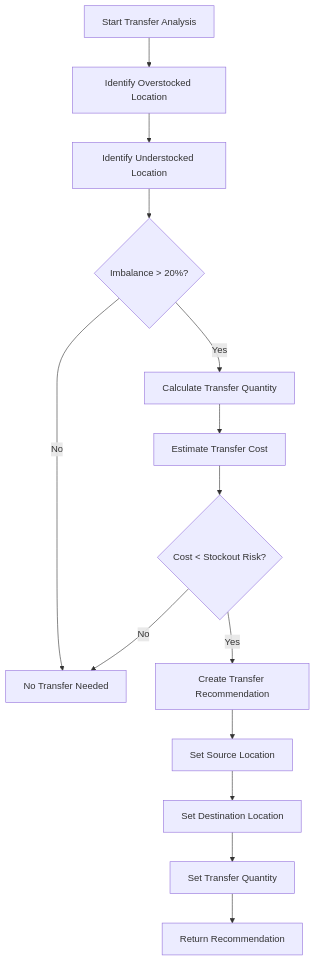
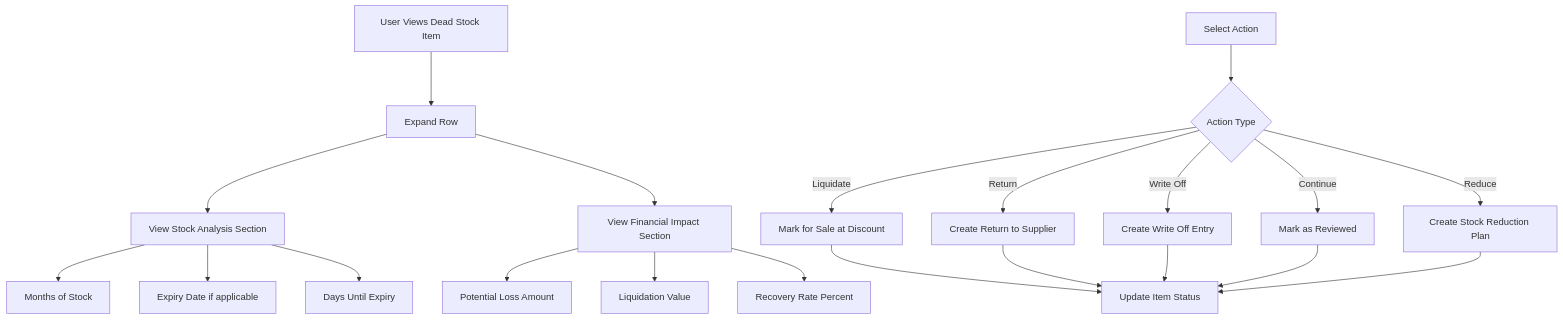
Diagram 14 of 32 in docs/app/operational-planning/inventory-planning/FD-inventory-planning.md (PeakMNA/carmen), drawn with Mermaid before and after one commit. The commit also changed other lines of this file and 473 other files, not shown here.

````diff
--- a/docs/app/operational-planning/inventory-planning/FD-inventory-planning.md
+++ b/docs/app/operational-planning/inventory-planning/FD-inventory-planning.md
@@ -312,20 +335,28 @@
 ```mermaid
 graph TB
-    A[Start Transfer Analysis] --> B[Identify Overstocked Location]
-    B --> C[Identify Understocked Location]
+    A[User Views Dead Stock Item] --> B[Expand Row]
+    B --> C[View Stock Analysis Section]
+    B --> D[View Financial Impact Section]
 
-    C --> D{Imbalance > 20%?}
-    D -->|No| E[No Transfer Needed]
-    D -->|Yes| F[Calculate Transfer Quantity]
+    C --> E[Months of Stock]
+    C --> F[Expiry Date if applicable]
+    C --> G[Days Until Expiry]
 
-    F --> G[Estimate Transfer Cost]
-    G --> H{Cost < Stockout Risk?}
+    D --> H[Potential Loss Amount]
+    D --> I[Liquidation Value]
+    D --> J[Recovery Rate Percent]
 
-    H -->|No| E
-    H -->|Yes| I[Create Transfer Recommendation]
+    K[Select Action] --> L{Action Type}
 
-    I --> J[Set Source Location]
-    J --> K[Set Destination Location]
-    K --> L[Set Transfer Quantity]
-    L --> M[Return Recommendation]
+    L -->|Liquidate| M[Mark for Sale at Discount]
+    L -->|Return| N[Create Return to Supplier]
+    L -->|Write Off| O[Create Write Off Entry]
+    L -->|Continue| P[Mark as Reviewed]
+    L -->|Reduce| Q[Create Stock Reduction Plan]
+
+    M --> R[Update Item Status]
+    N --> R
+    O --> R
+    P --> R
+    Q --> R
 ```
````
